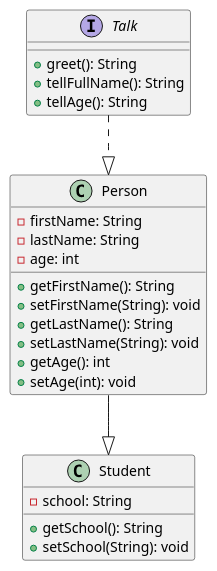
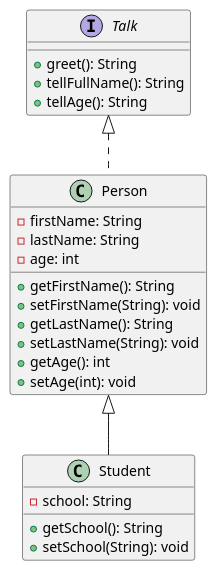
Before and after one commit to levente-kovacs/EKKE-4: the diagram in ProgTechGy/y2xwhj_pt_beadando/target/classes/y2xwhj_pt_beadando/assets/uml/architechture.puml, drawn with PlantUML. The commit also changed 19 other files, not shown here.

```diff
--- a/ProgTechGy/y2xwhj_pt_beadando/target/classes/y2xwhj_pt_beadando/assets/uml/architechture.puml
+++ b/ProgTechGy/y2xwhj_pt_beadando/target/classes/y2xwhj_pt_beadando/assets/uml/architechture.puml
@@ -1,30 +1,30 @@
 @startuml My Architecture
 
 interface Talk {
     +greet(): String
     +tellFullName(): String
     +tellAge(): String
 }
 
 class Person {
     -firstName: String
     -lastName: String
     -age: int
     +getFirstName(): String
     +setFirstName(String): void
     +getLastName(): String
     +setLastName(String): void
     +getAge(): int
     +setAge(int): void
 }
 
 class Student {
     -school: String
     +getSchool(): String
     +setSchool(String): void
 }
 
-Person --|> Student
-Talk ..|> Person
+Person <|-- Student
+Talk <|.. Person
 
 @enduml
```
